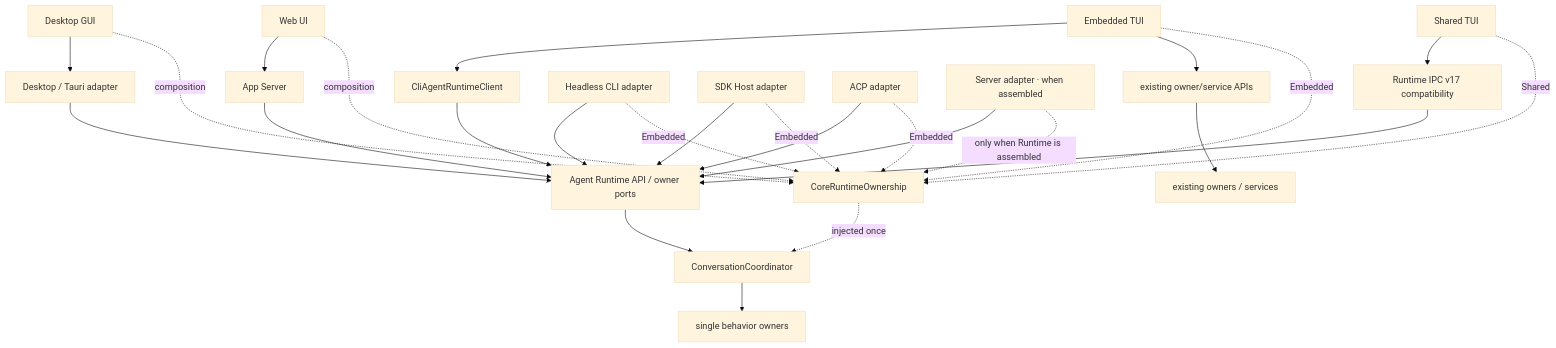
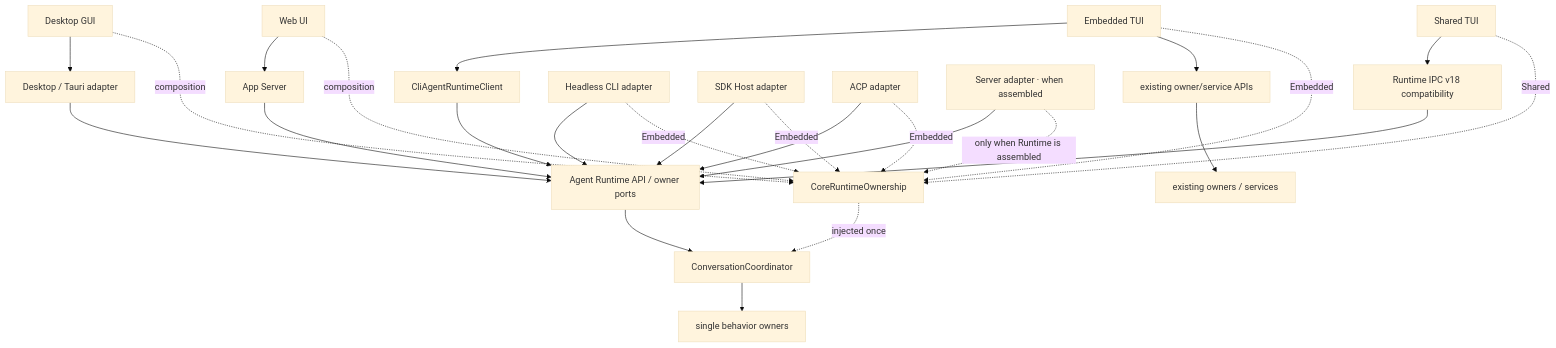
Before and after one commit to 116zoo/hc: diagram 12 of 17 in docs/architecture/agent-runtime-deployment-design.md, drawn with Mermaid (base theme). The commit also changed other lines of this file and 16 other files, not shown here.

````diff
--- a/docs/architecture/agent-runtime-deployment-design.md
+++ b/docs/architecture/agent-runtime-deployment-design.md
@@ -356,29 +357,29 @@
 ```mermaid
 flowchart TB
   GUI["Desktop GUI"] --> DesktopAdapter["Desktop / Tauri adapter"]
   Web["Web UI"] --> AppServer["App Server"]
   EmbeddedTUI["Embedded TUI"] --> RuntimeClient["CliAgentRuntimeClient"]
   EmbeddedTUI --> OwnerApis["existing owner/service APIs"]
-  SharedTUI["Shared TUI"] --> SharedCompat["Runtime IPC v17 compatibility"]
+  SharedTUI["Shared TUI"] --> SharedCompat["Runtime IPC v18 compatibility"]
   DesktopAdapter --> API["Agent Runtime API / owner ports"]
   AppServer --> API["Agent Runtime API / owner ports"]
   RuntimeClient --> API
   OwnerApis --> DomainOwners["existing owners / services"]
   SharedCompat --> API
   CLI["Headless CLI adapter"] --> API
   SDK["SDK Host adapter"] --> API
   ACP["ACP adapter"] --> API
   Server["Server adapter · when assembled"] --> API
   API --> Coordinator["ConversationCoordinator"]
   Coordinator --> Behavior["single behavior owners"]
 
   GUI -. "composition" .-> Ownership["CoreRuntimeOwnership"]
   Web -. "composition" .-> Ownership
   EmbeddedTUI -. "Embedded" .-> Ownership
   SharedTUI -. "Shared" .-> Ownership
   CLI -. "Embedded" .-> Ownership
   SDK -. "Embedded" .-> Ownership
   ACP -. "Embedded" .-> Ownership
   Server -. "only when Runtime is assembled" .-> Ownership
   Ownership -. "injected once" .-> Coordinator
 ```
````
